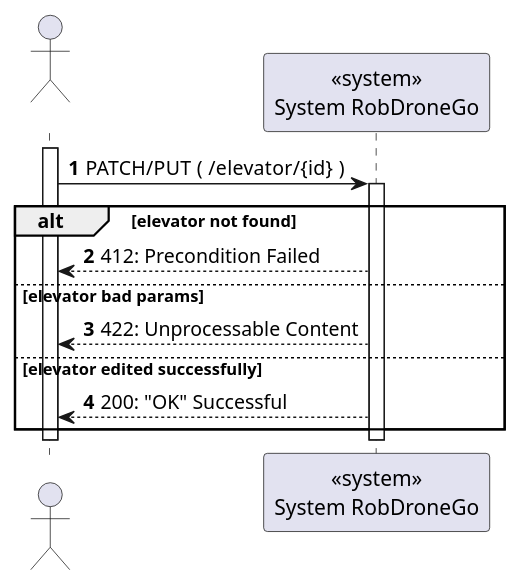
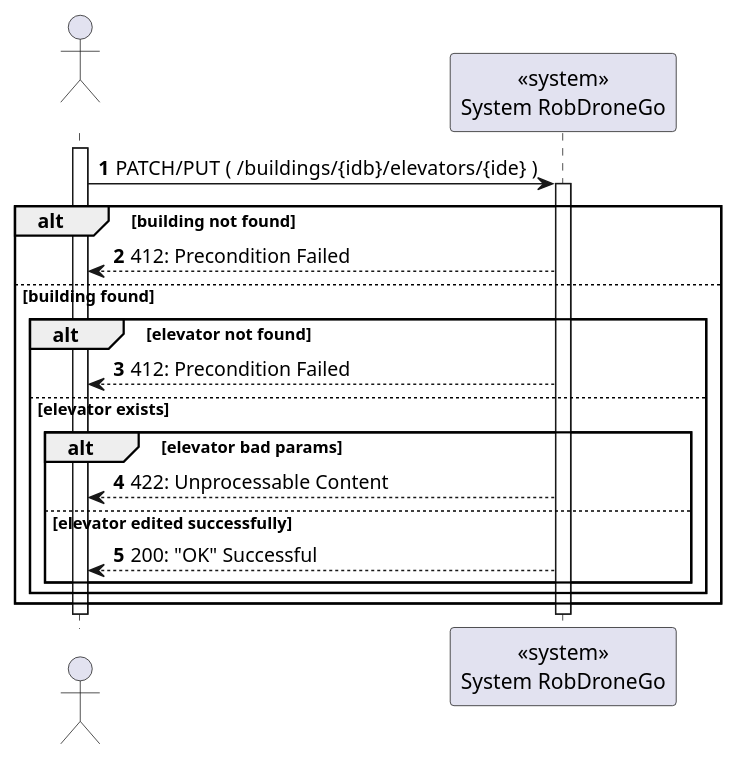
One commit to Departamento-de-Engenharia-Informatica/lapr5-23-24-g19 changed the diagram in docs/us280/level1/process-view.puml. Above: the diagram before and after it, drawn with PlantUML. The commit also changed 36 other files, not shown here.

```diff
--- a/docs/us280/level1/process-view.puml
+++ b/docs/us280/level1/process-view.puml
@@ -1,22 +1,30 @@
 @startuml
 autonumber
 
 actor " " as actor
 participant "<<system>>\nSystem RobDroneGo" as sys
 
 activate actor
-    actor -> sys: PATCH/PUT  ( /elevator/{id} )
+    actor -> sys: PATCH/PUT  ( /buildings/{idb}/elevators/{ide} )
     activate sys
 
-    alt  elevator not found
-    sys --> actor : 412: Precondition Failed
-        else elevator bad params
-        sys --> actor : 422: Unprocessable Content
-    else elevator edited successfully
-        sys --> actor : 200: "OK" Successful
+    alt building not found
+        sys --> actor : 412: Precondition Failed
+    else building found
+
+        alt elevator not found
+        sys --> actor : 412: Precondition Failed
+        else elevator exists
+
+            alt  elevator bad params
+                sys --> actor : 422: Unprocessable Content
+            else elevator edited successfully
+                sys --> actor : 200: "OK" Successful
+            end
+        end
     end
 
     deactivate sys
 deactivate actor
 
 @enduml
```
